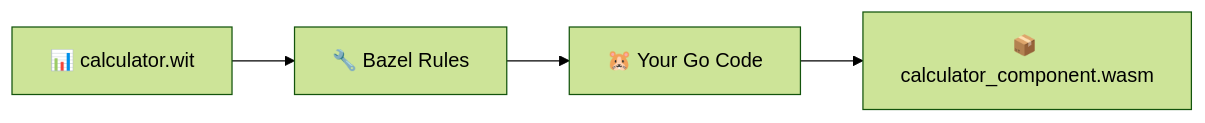
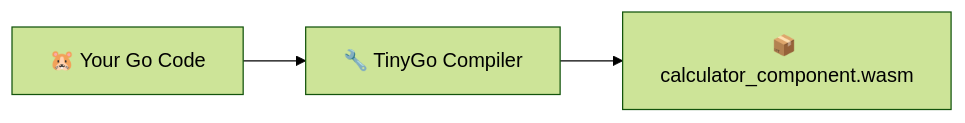
The diagram in docs-site/src/content/docs/tutorials/go-guided-walkthrough.mdx (pulseengine/rules_wasm_component), drawn with Mermaid (forest theme) before and after one commit. The commit also changed other lines of this file and 6 other files, not shown here.

````diff
--- a/docs-site/src/content/docs/tutorials/go-guided-walkthrough.mdx
+++ b/docs-site/src/content/docs/tutorials/go-guided-walkthrough.mdx
@@ -25,4 +27,4 @@
 ```mermaid
 flowchart LR
-    A[📊 calculator.wit] --> B[🔧 Bazel Rules] --> C[🐹 Your Go Code] --> D[📦 calculator_component.wasm]
+    A[🐹 Your Go Code] --> B[🔧 TinyGo Compiler] --> C[📦 calculator_component.wasm]
 ```
````
